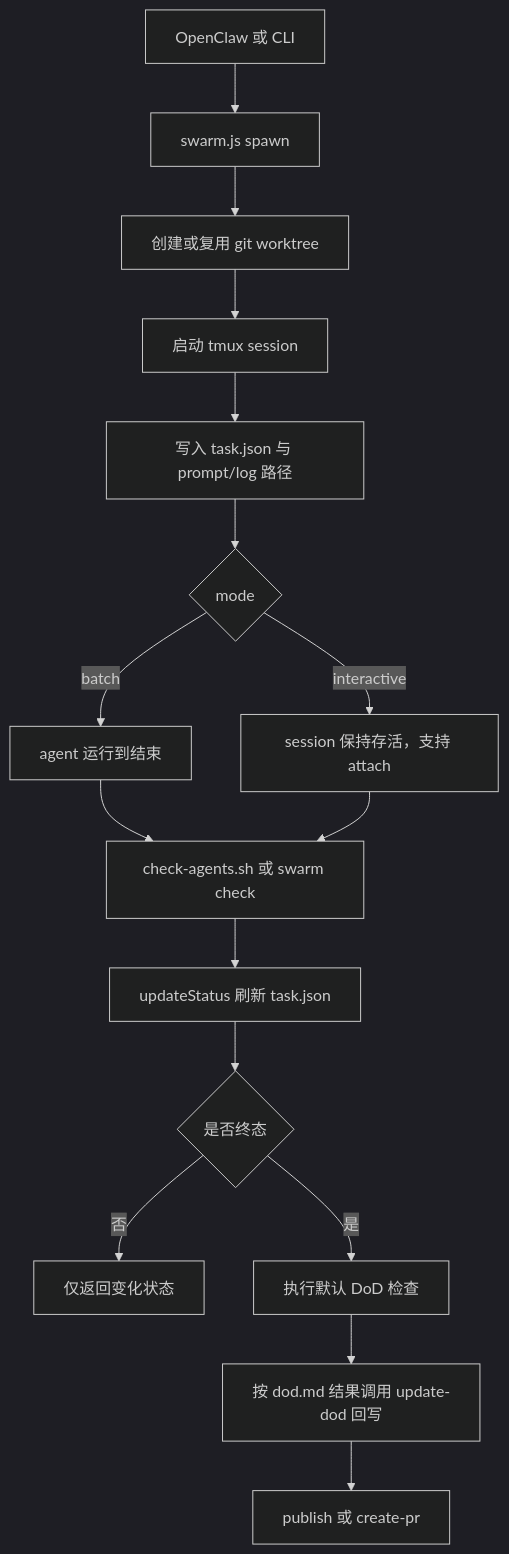
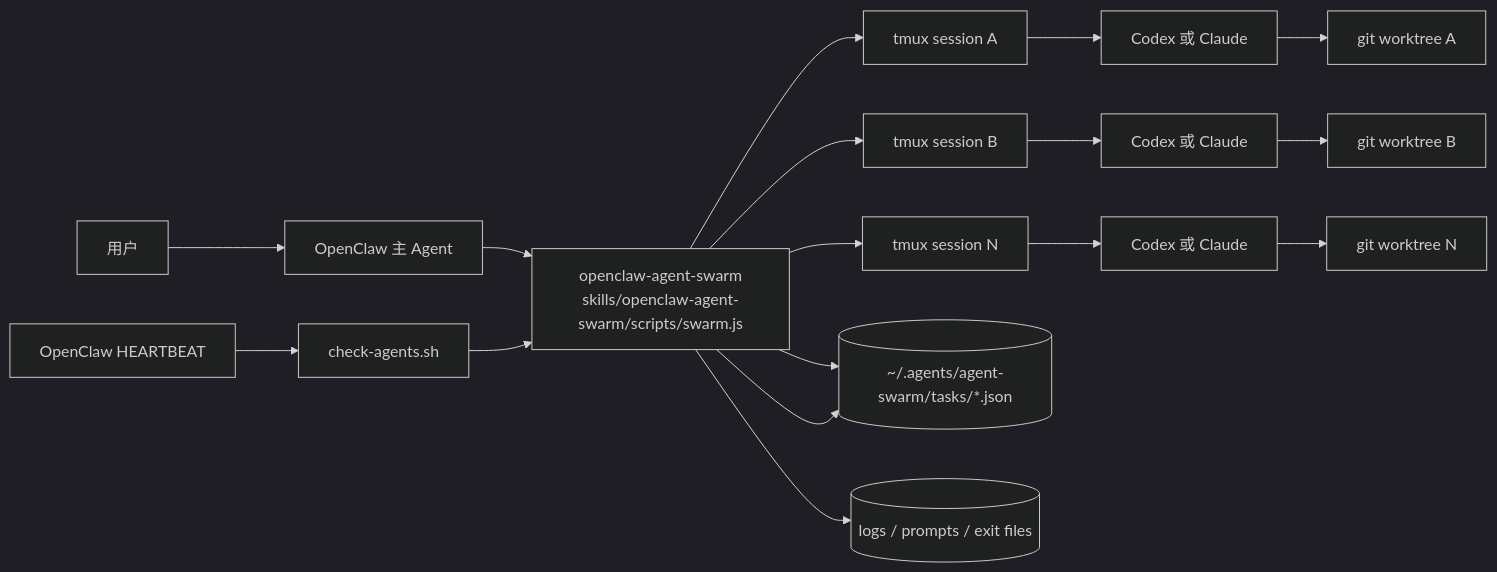
One commit to youzaiAGI/openclaw-agent-swarm-skills changed the first of 2 diagrams in docs/README.zh-CN.md. Above: the diagram before and after it, drawn with Mermaid (dark theme). The commit also changed other lines of this file and 1 other file, not shown here.

````diff
--- a/docs/README.zh-CN.md
+++ b/docs/README.zh-CN.md
@@ -15,18 +49,24 @@
 ```mermaid
-flowchart TD
-    A[OpenClaw 或 CLI] --> B[swarm.js spawn]
-    B --> C[创建或复用 git worktree]
-    C --> D[启动 tmux session]
-    D --> E[写入 task.json 与 prompt/log 路径]
-    E --> F{mode}
-    F -->|batch| G[agent 运行到结束]
-    F -->|interactive| H[session 保持存活，支持 attach]
-    G --> I[check-agents.sh 或 swarm check]
-    H --> I
-    I --> J[updateStatus 刷新 task.json]
-    J --> K{是否终态}
-    K -->|否| L[仅返回变化状态]
-    K -->|是| M[执行默认 DoD 检查]
-    M --> N[按 dod.md 结果调用 update-dod 回写]
-    N --> O[publish 或 create-pr]
+flowchart LR
+    U[用户] --> OC[OpenClaw 主 Agent]
+    OC --> S[openclaw-agent-swarm\nskills/openclaw-agent-swarm/scripts/swarm.js]
+
+    S --> T1[tmux session A]
+    S --> T2[tmux session B]
+    S --> T3[tmux session N]
+
+    T1 --> A1[Codex 或 Claude]
+    T2 --> A2[Codex 或 Claude]
+    T3 --> A3[Codex 或 Claude]
+
+    A1 --> W1[git worktree A]
+    A2 --> W2[git worktree B]
+    A3 --> W3[git worktree N]
+
+    S --> R[(~/.agents/agent-swarm/tasks/*.json)]
+    S --> L[(logs / prompts / exit files)]
+
+    HB[OpenClaw HEARTBEAT] --> CK[check-agents.sh]
+    CK --> S
+    S --> R
 ```
````
